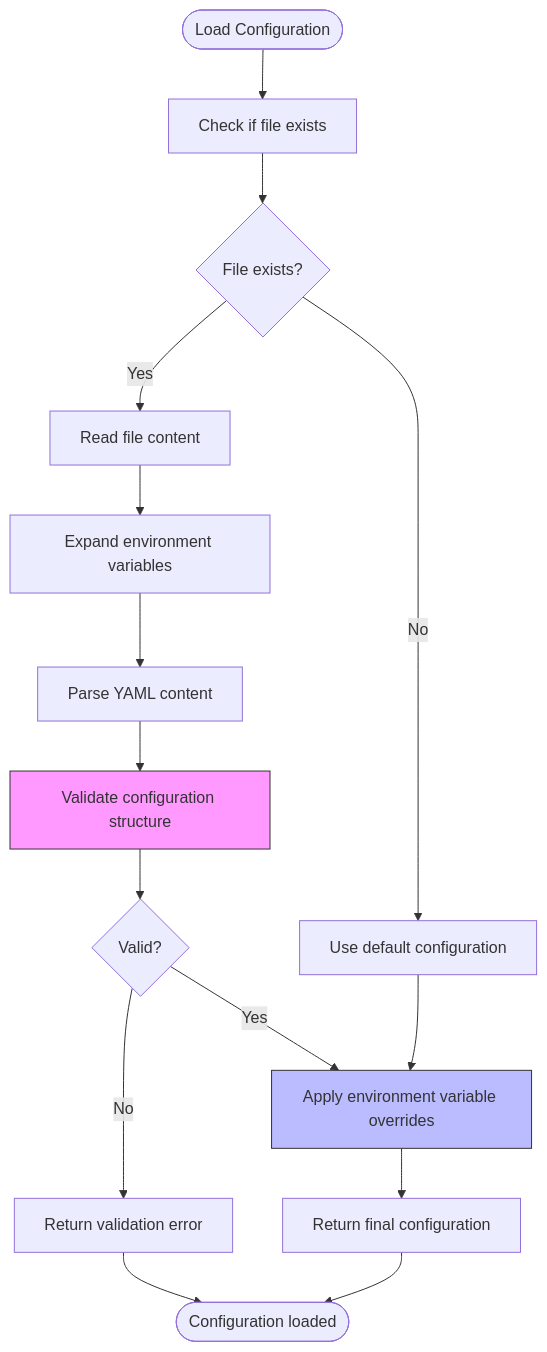
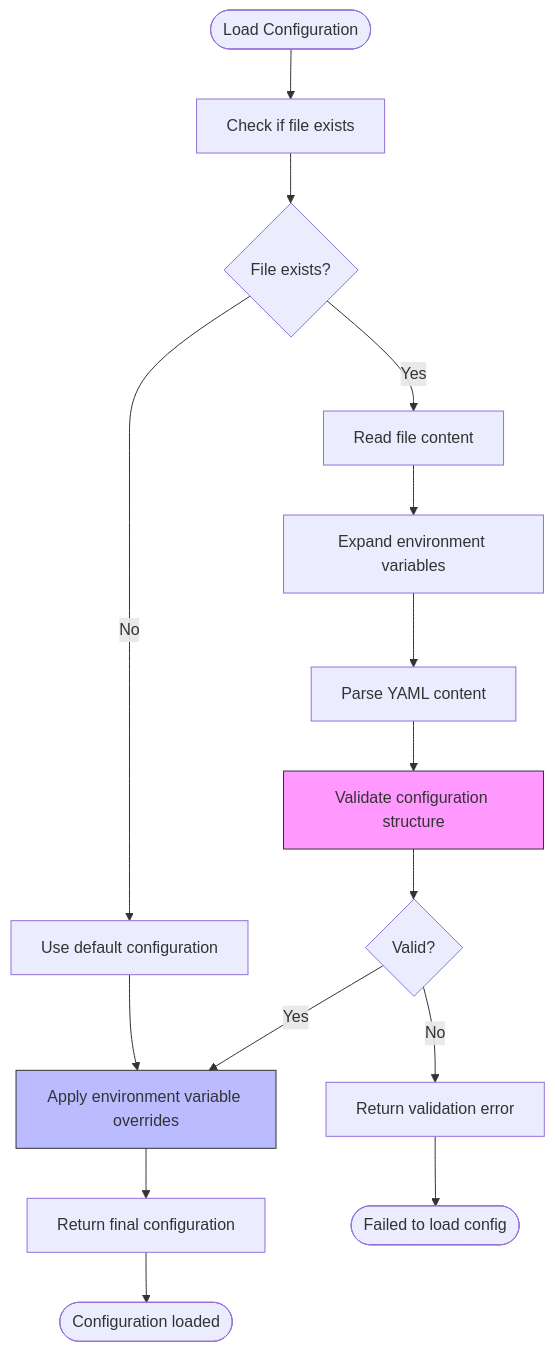
Before and after one commit to prxs-ai/praxis-go-sdk: the fifth of 5 diagrams in docs/Agent Configuration.md, drawn with Mermaid. The commit also changed other lines of this file and 33 other files, not shown here.

````diff
--- a/docs/Agent Configuration.md
+++ b/docs/Agent Configuration.md
@@ -527,19 +527,19 @@
 ```mermaid
 flowchart TD
-Start([Load Configuration]) --> FileExists["Check if file exists"]
+Start(["Load Configuration"]) --> FileExists["Check if file exists"]
 FileExists --> Exists{"File exists?"}
 Exists --> |No| UseDefaults["Use default configuration"]
 Exists --> |Yes| ReadFile["Read file content"]
 ReadFile --> ExpandEnv["Expand environment variables"]
 ExpandEnv --> ParseYAML["Parse YAML content"]
 ParseYAML --> ValidateStruct["Validate configuration structure"]
 ValidateStruct --> Valid{"Valid?"}
 Valid --> |No| ReturnError["Return validation error"]
 Valid --> |Yes| ApplyEnvOverrides["Apply environment variable overrides"]
 ApplyEnvOverrides --> ReturnConfig["Return final configuration"]
 UseDefaults --> ApplyEnvOverrides
-ReturnError --> End([Failed to load config])
-ReturnConfig --> End([Configuration loaded])
+ReturnError --> End(["Failed to load config"])
+ReturnConfig --> EndSuccess(["Configuration loaded"])
 style ValidateStruct fill:#f9f,stroke:#333
 style ApplyEnvOverrides fill:#bbf,stroke:#333
 ```
````
